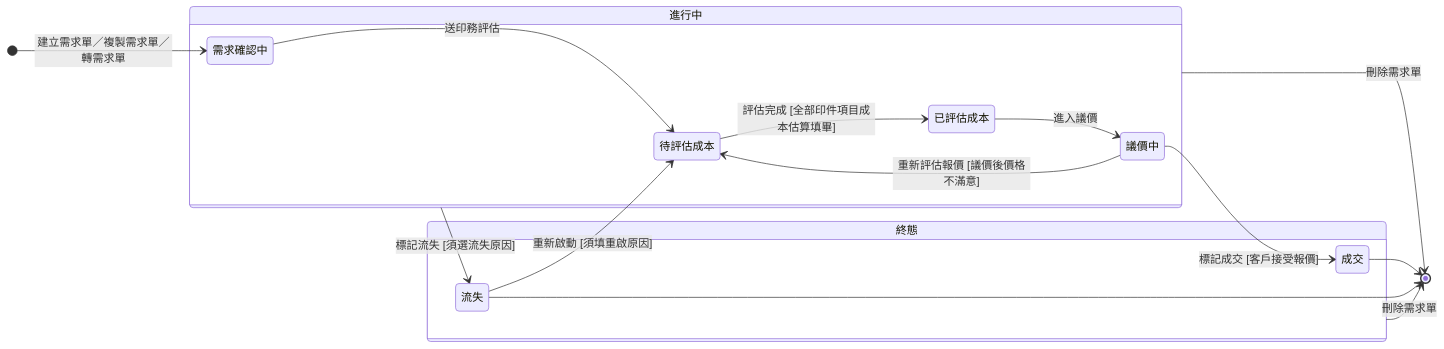
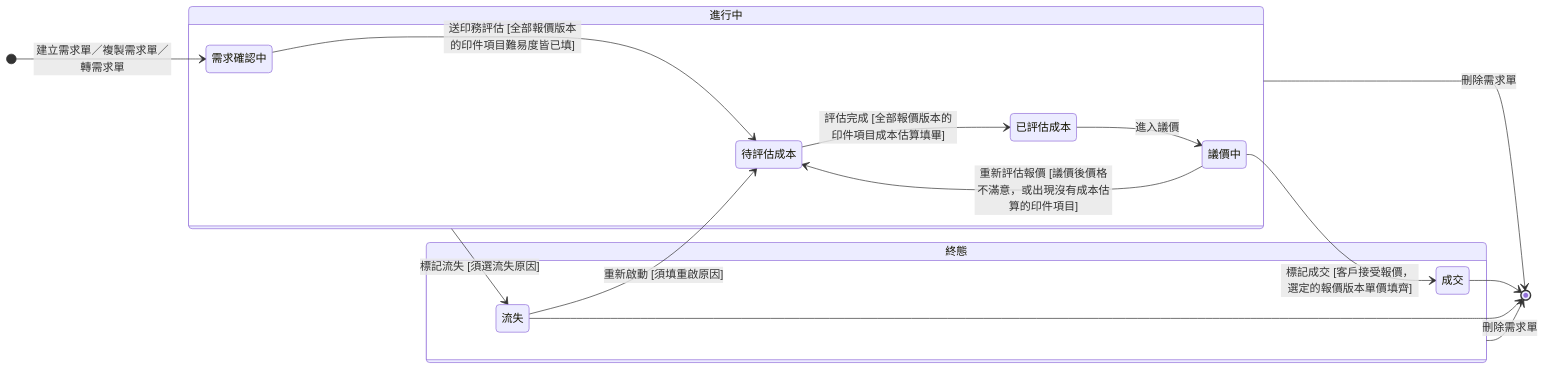
The diagram in memory/Sens_wiki/wiki/erp/06-state-machines/需求單狀態.md (Kawato-Miles/erp-spec), drawn with Mermaid before and after one commit. The commit also changed other lines of this file and 76 other files, not shown here.

````diff
--- a/memory/Sens_wiki/wiki/erp/06-state-machines/需求單狀態.md
+++ b/memory/Sens_wiki/wiki/erp/06-state-machines/需求單狀態.md
@@ -47,32 +48,32 @@
 ```mermaid
 stateDiagram-v2
     direction LR
 
     [*] --> s_confirm : 建立需求單／複製需求單／轉需求單
 
     state "進行中" as InProgress {
         direction LR
         state "需求確認中" as s_confirm
         state "待評估成本" as s_wait
         state "已評估成本" as s_est
         state "議價中" as s_nego
-        s_confirm --> s_wait : 送印務評估
-        s_wait --> s_est : 評估完成 [全部印件項目成本估算填畢]
+        s_confirm --> s_wait : 送印務評估 [全部報價版本的印件項目難易度皆已填]
+        s_wait --> s_est : 評估完成 [全部報價版本的印件項目成本估算填畢]
         s_est --> s_nego : 進入議價
-        s_nego --> s_wait : 重新評估報價 [議價後價格不滿意]
+        s_nego --> s_wait : 重新評估報價 [議價後價格不滿意，或出現沒有成本估算的印件項目]
     }
 
     state "終態" as Final {
         state "成交" as s_won
         state "流失" as s_lost
     }
 
-    s_nego --> s_won : 標記成交 [客戶接受報價]
+    s_nego --> s_won : 標記成交 [客戶接受報價，選定的報價版本單價填齊]
     InProgress --> s_lost : 標記流失 [須選流失原因]
     s_lost --> s_wait : 重新啟動 [須填重啟原因]
 
     s_won --> [*]
     s_lost --> [*]
     InProgress --> [*] : 刪除需求單
     Final --> [*] : 刪除需求單
 ```
````
